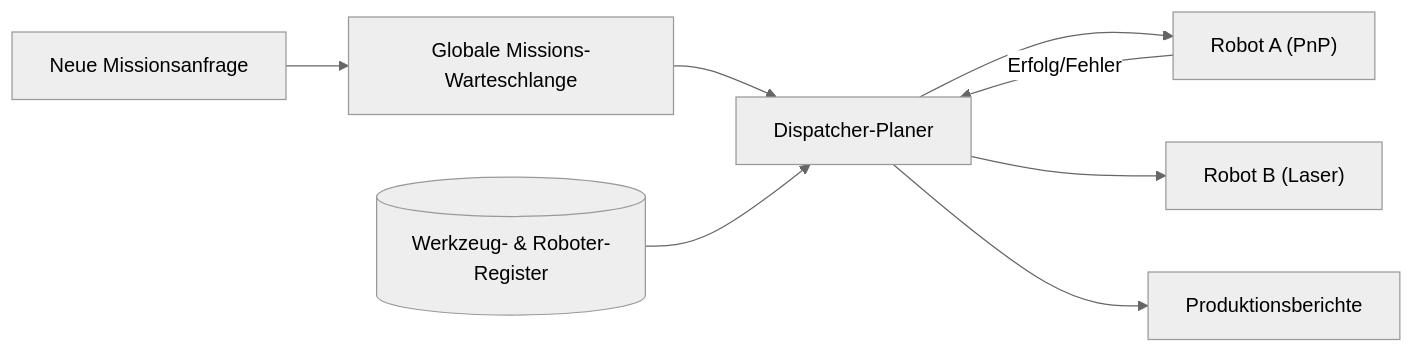
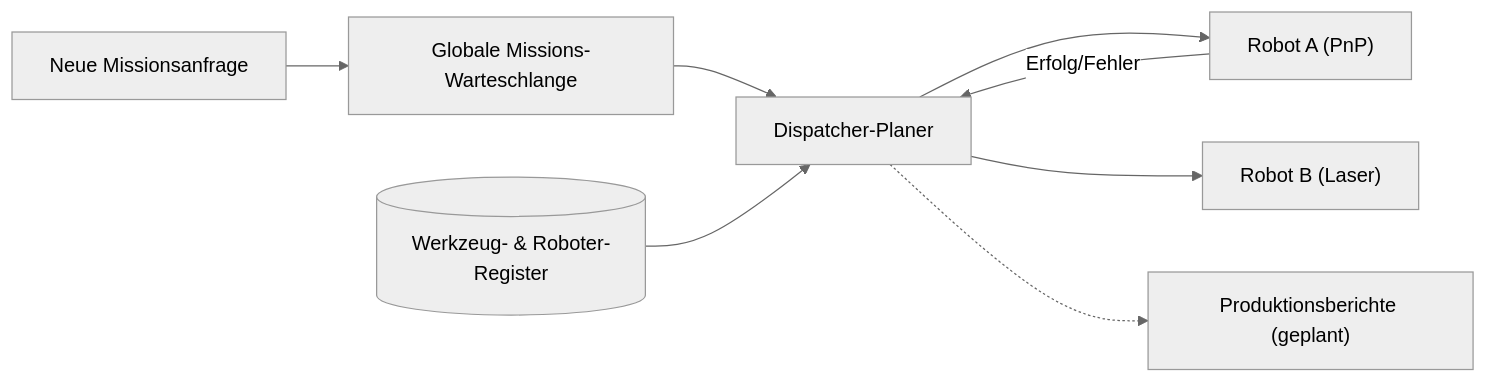
One commit to JuanenRac/HYDRA-UMC-JOB-DISPATCHER changed the diagram in README_deu.md. Above: the diagram before and after it, drawn with Mermaid (neutral theme). The commit also changed other lines of this file and 20 other files, not shown here.

````diff
--- a/README_deu.md
+++ b/README_deu.md
@@ -41,10 +41,10 @@
 ```mermaid
 flowchart LR
     REQ["Neue Missionsanfrage"] --> Q["Globale Missions-Warteschlange"]
     Q --> SCHED["Dispatcher-Planer"]
     DB[("Werkzeug- & Roboter-Register")] --> SCHED
     SCHED --> R1["Robot A (PnP)"]
     SCHED --> R2["Robot B (Laser)"]
     R1 -- Erfolg/Fehler --> SCHED
-    SCHED --> LOG["Produktionsberichte"]
+    SCHED -.-> LOG["Produktionsberichte (geplant)"]
 ```
````
